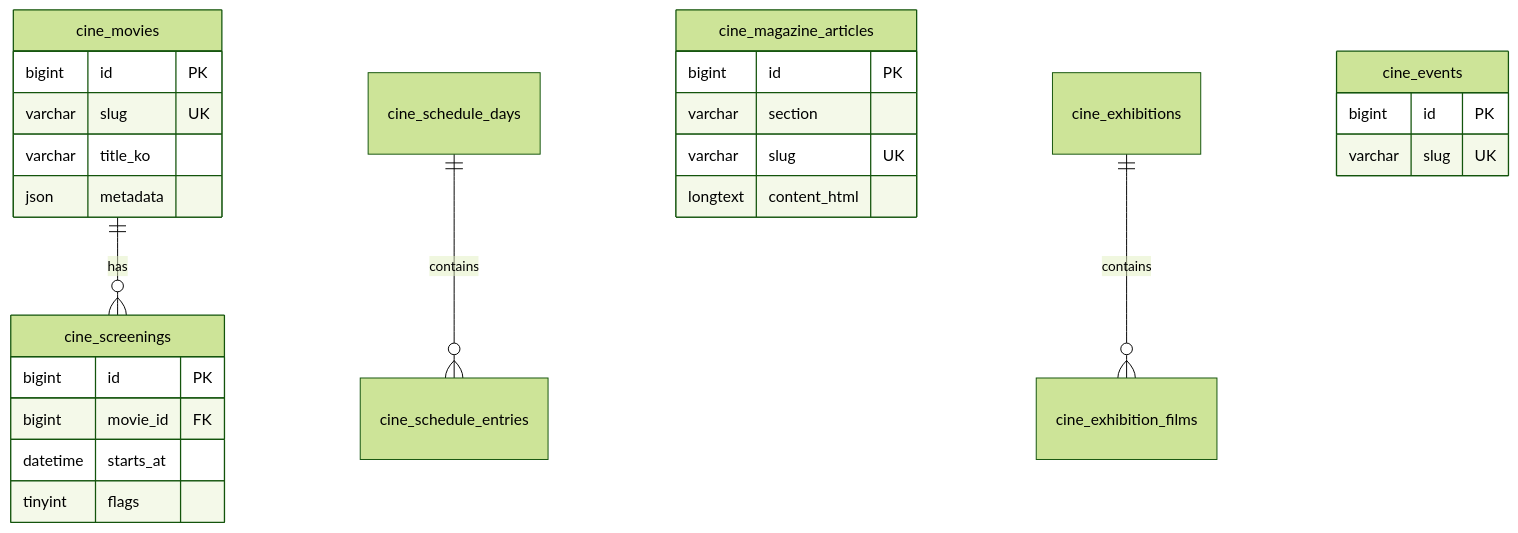
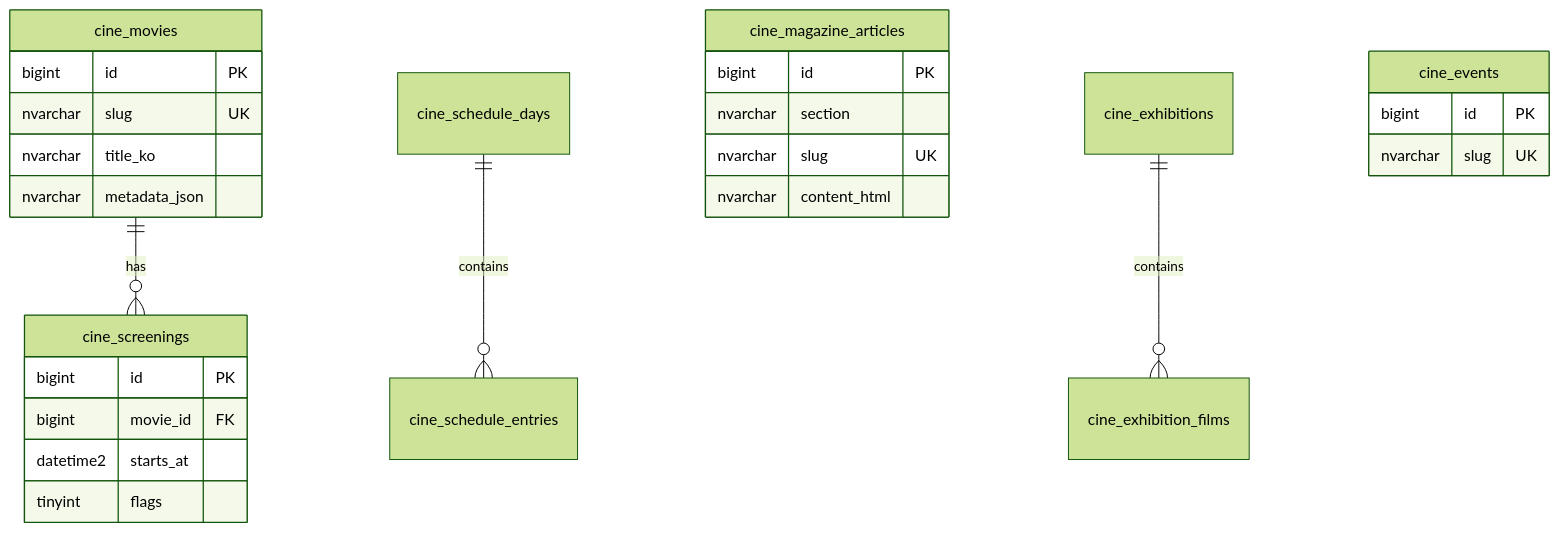
The diagram in 개발명세_Phase2.md (gideok/55cine-website), drawn with Mermaid (forest theme) before and after one commit. The commit also changed other lines of this file and 106 other files, not shown here.

````diff
--- a/개발명세_Phase2.md
+++ b/개발명세_Phase2.md
@@ -541,28 +541,28 @@
 ```mermaid
 erDiagram
   cine_movies ||--o{ cine_screenings : has
   cine_movies {
     bigint id PK
-    varchar slug UK
-    varchar title_ko
-    json metadata
+    nvarchar slug UK
+    nvarchar title_ko
+    nvarchar metadata_json
   }
   cine_screenings {
     bigint id PK
     bigint movie_id FK
-    datetime starts_at
+    datetime2 starts_at
     tinyint flags
   }
   cine_schedule_days ||--o{ cine_schedule_entries : contains
   cine_magazine_articles {
     bigint id PK
-    varchar section
-    varchar slug UK
-    longtext content_html
+    nvarchar section
+    nvarchar slug UK
+    nvarchar content_html
   }
   cine_exhibitions ||--o{ cine_exhibition_films : contains
   cine_events {
     bigint id PK
-    varchar slug UK
+    nvarchar slug UK
   }
 ```
````
